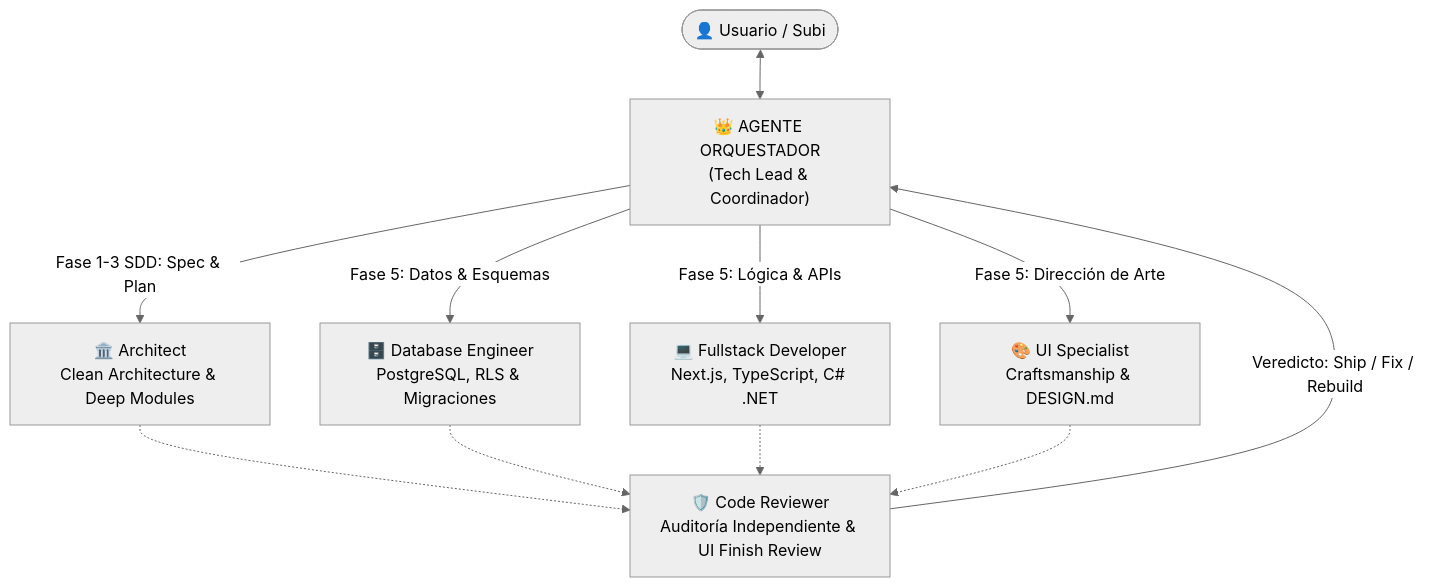
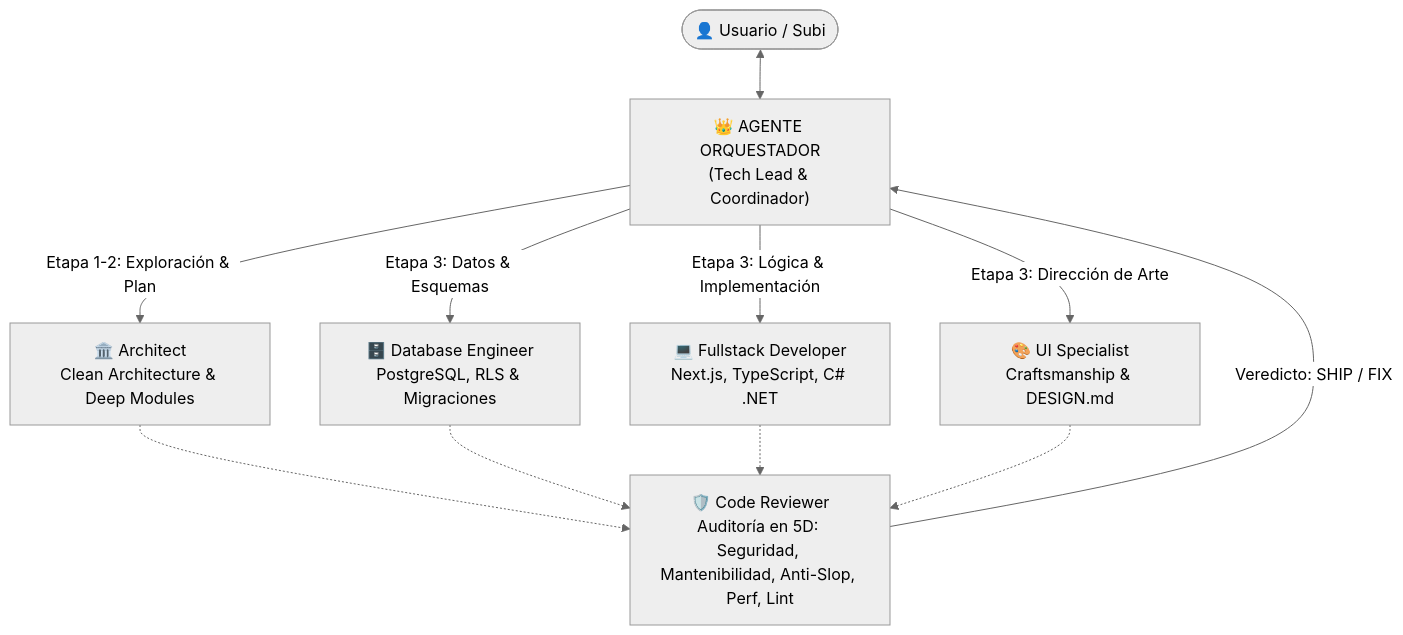
The diagram in README.md (santi-subidia/subi-kit-desarrollo), drawn with Mermaid (neutral theme) before and after one commit. The commit also changed other lines of this file and 25 other files, not shown here.

````diff
--- a/README.md
+++ b/README.md
@@ -57,16 +57,16 @@
 ```mermaid
 flowchart TD
     User([👤 Usuario / Subi]) <--> Orchestrator["👑 AGENTE ORQUESTADOR\n(Tech Lead & Coordinador)"]
     
-    Orchestrator -->|Fase 1-3 SDD: Spec & Plan| Architect["🏛️ Architect\nClean Architecture & Deep Modules"]
-    Orchestrator -->|Fase 5: Datos & Esquemas| DBA["🗄️ Database Engineer\nPostgreSQL, RLS & Migraciones"]
-    Orchestrator -->|Fase 5: Lógica & APIs| Fullstack["💻 Fullstack Developer\nNext.js, TypeScript, C# .NET"]
-    Orchestrator -->|Fase 5: Dirección de Arte| UI["🎨 UI Specialist\nCraftsmanship & DESIGN.md"]
+    Orchestrator -->|Etapa 1-2: Exploración & Plan| Architect["🏛️ Architect\nClean Architecture & Deep Modules"]
+    Orchestrator -->|Etapa 3: Datos & Esquemas| DBA["🗄️ Database Engineer\nPostgreSQL, RLS & Migraciones"]
+    Orchestrator -->|Etapa 3: Lógica & Implementación| Fullstack["💻 Fullstack Developer\nNext.js, TypeScript, C# .NET"]
+    Orchestrator -->|Etapa 3: Dirección de Arte| UI["🎨 UI Specialist\nCraftsmanship & DESIGN.md"]
     
     Architect -.-> CodeReviewer
     DBA -.-> CodeReviewer
     Fullstack -.-> CodeReviewer
     UI -.-> CodeReviewer
     
-    CodeReviewer["🛡️ Code Reviewer\nAuditoría Independiente & UI Finish Review"] -->|Veredicto: Ship / Fix / Rebuild| Orchestrator
+    CodeReviewer["🛡️ Code Reviewer\nAuditoría en 5D: Seguridad, Mantenibilidad, Anti-Slop, Perf, Lint"] -->|Veredicto: SHIP / FIX| Orchestrator
 ```
````
